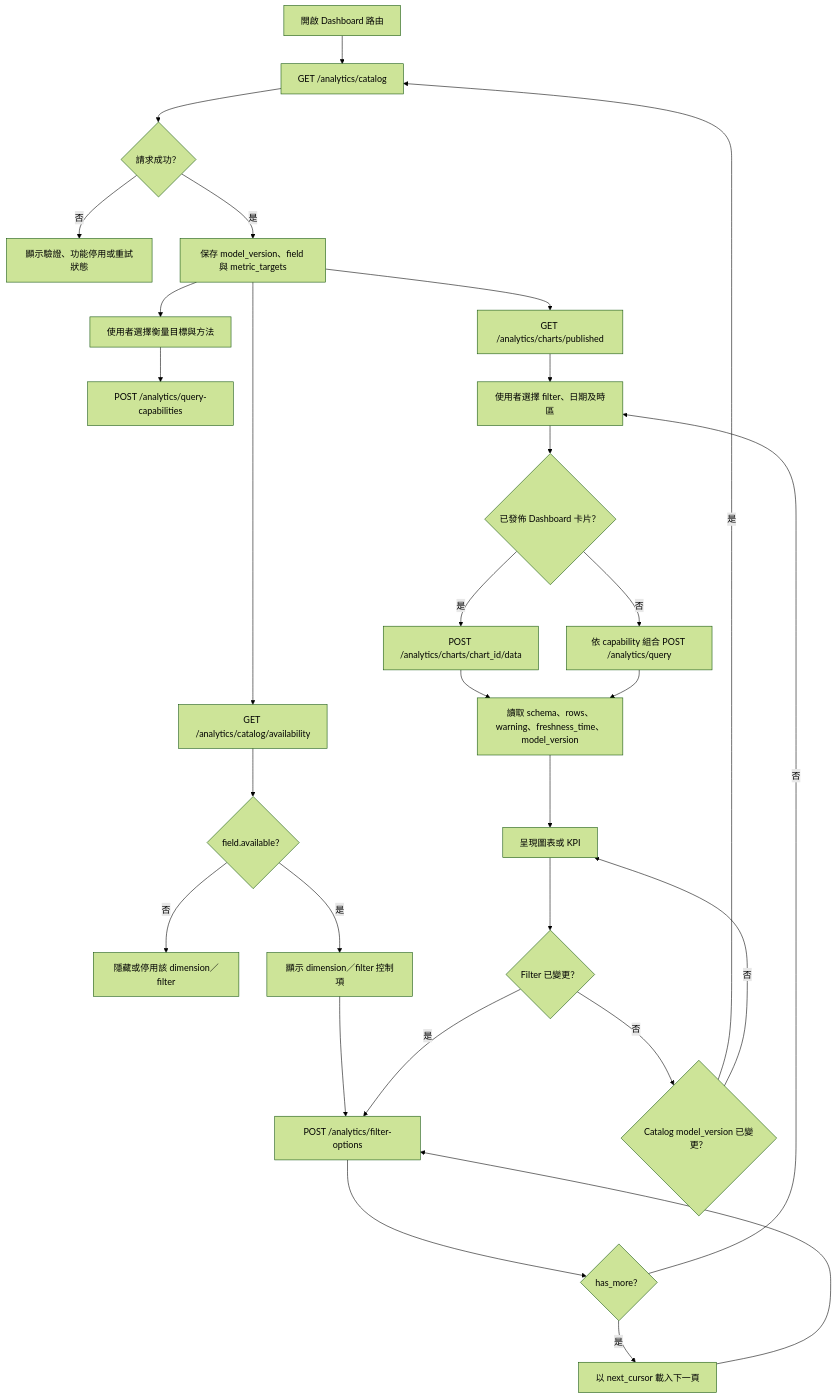
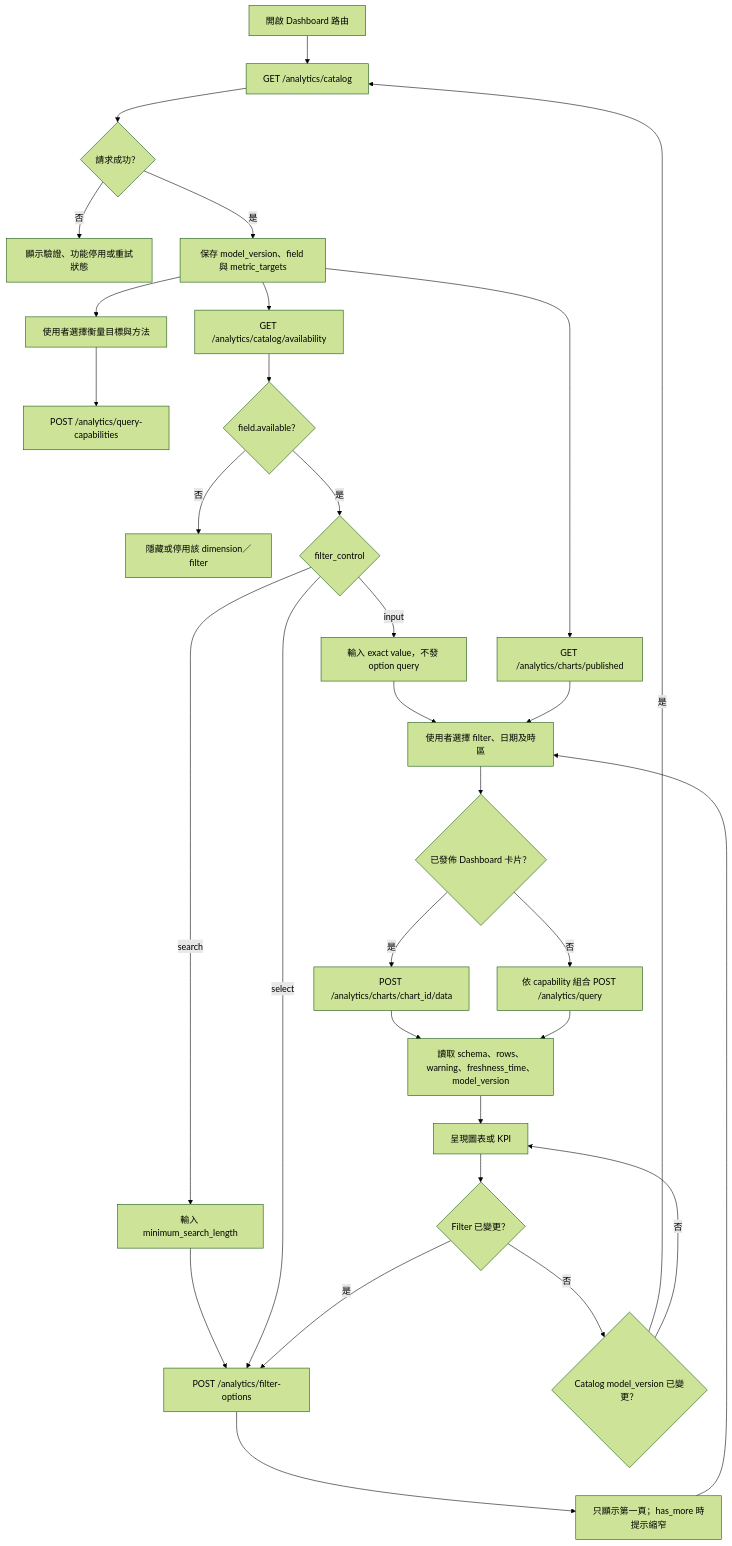
One commit to jimmy0905/CLS-2-Backend changed the diagram in docs/FRONTEND_DASHBOARD_ANALYTICS_WORKFLOW.md. Above: the diagram before and after it, drawn with Mermaid (forest theme). The commit also changed other lines of this file and 10 other files, not shown here.

Commit message:
Add governed filter control metadata and option validation

````diff
--- a/docs/FRONTEND_DASHBOARD_ANALYTICS_WORKFLOW.md
+++ b/docs/FRONTEND_DASHBOARD_ANALYTICS_WORKFLOW.md
@@ -11,31 +11,33 @@
 ```mermaid
 flowchart TD
     A[開啟 Dashboard 路由] --> B[GET /analytics/catalog]
     B --> C{請求成功？}
     C -- 否 --> C1[顯示驗證、功能停用或重試狀態]
     C -- 是 --> D[保存 model_version、field 與 metric_targets]
     D --> E[GET /analytics/charts/published]
     D --> F[使用者選擇衡量目標與方法]
     F --> G[POST /analytics/query-capabilities]
     D --> H[GET /analytics/catalog/availability]
     H --> I{field.available？}
     I -- 否 --> I1[隱藏或停用該 dimension／filter]
-    I -- 是 --> J[顯示 dimension／filter 控制項]
-    J --> K[POST /analytics/filter-options]
-    K --> L{has_more？}
-    L -- 是 --> K1[以 next_cursor 載入下一頁]
-    K1 --> K
-    L -- 否 --> M[使用者選擇 filter、日期及時區]
+    I -- 是 --> J{filter_control}
+    J -- input --> J1[輸入 exact value，不發 option query]
+    J -- search --> J2[輸入 minimum_search_length]
+    J2 --> K[POST /analytics/filter-options]
+    J -- select --> K
+    K --> L[只顯示第一頁；has_more 時提示縮窄]
+    J1 --> M[使用者選擇 filter、日期及時區]
+    L --> M
     E --> M
     M --> N{已發佈 Dashboard 卡片？}
     N -- 是 --> O[POST /analytics/charts/chart_id/data]
     N -- 否 --> P[依 capability 組合 POST /analytics/query]
     O --> Q[讀取 schema、rows、warning、freshness_time、model_version]
     P --> Q
     Q --> R[呈現圖表或 KPI]
     R --> S{Filter 已變更？}
     S -- 是 --> K
     S -- 否 --> T{Catalog model_version 已變更？}
     T -- 是 --> B
     T -- 否 --> R
 ```
````
